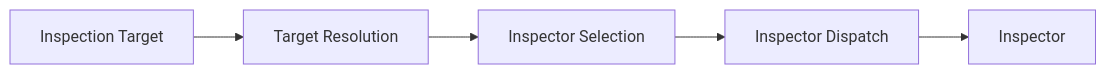
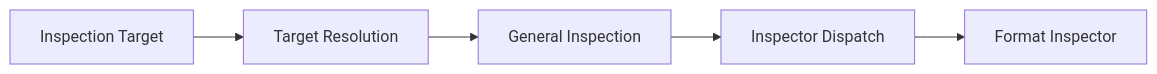
One commit to RedCipherNode/sentinelx changed the fifth of 8 diagrams in docs/DIAGRAM.md. Above: the diagram before and after it, drawn with Mermaid. The commit also changed other lines of this file and 2 other files, not shown here.

Commit message:
refactor: redesign inspection orchestration and update architecture diagrams

````diff
--- a/docs/DIAGRAM.md
+++ b/docs/DIAGRAM.md
@@ -285,12 +306,13 @@
 ```mermaid
 flowchart LR
 
     A[Inspection Target]
+
         --> B[Target Resolution]
 
-    B --> C[Inspector Selection]
+    B --> C[General Inspection]
 
     C --> D[Inspector Dispatch]
 
-    D --> E[Inspector]
+    D --> E[Format Inspector]
 ```
````
